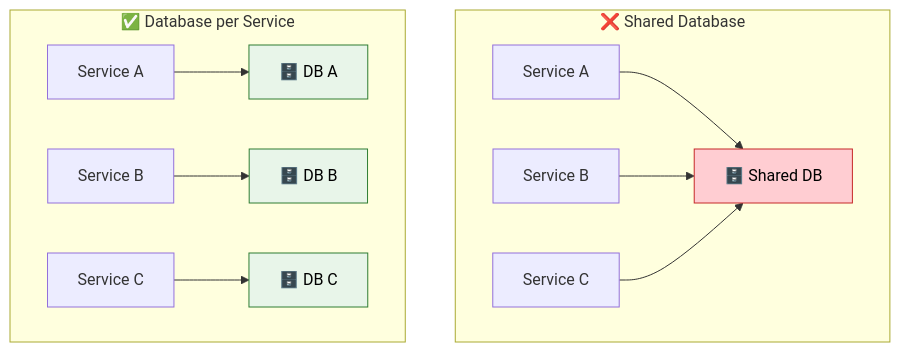
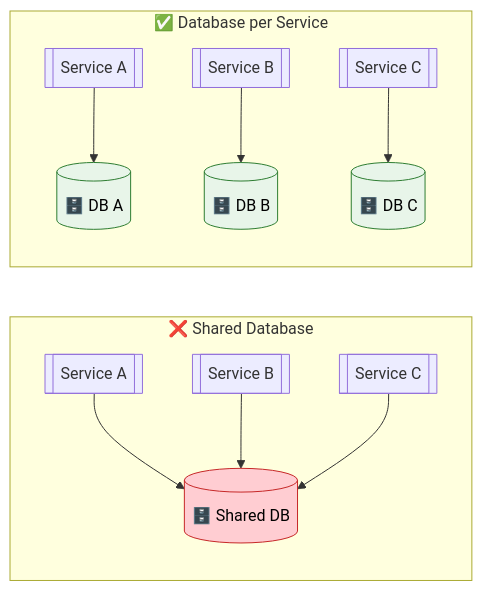
Before and after one commit to saivamsikaruturi/vamsilabs-dev-notes-main: the third of 4 diagrams in docs/microservices/design-principles.md, drawn with Mermaid. The commit also changed other lines of this file and 146 other files, not shown here.

Commit message:
Horizontal diagrams, UML class diagrams, typography overhaul, and permalink cleanup

````diff
--- a/docs/microservices/design-principles.md
+++ b/docs/microservices/design-principles.md
@@ -104,19 +104,19 @@
 ```mermaid
-flowchart TD
+flowchart LR
     subgraph Bad["❌ Shared Database"]
-        S1["Service A"] --> DB["🗄️ Shared DB"]
-        S2["Service B"] --> DB
-        S3["Service C"] --> DB
+        S1[["Service A"]] --> DB[("🗄️ Shared DB")]
+        S2[["Service B"]] --> DB
+        S3[["Service C"]] --> DB
     end
     
     subgraph Good["✅ Database per Service"]
-        A["Service A"] --> DA["🗄️ DB A"]
-        B["Service B"] --> DB2["🗄️ DB B"]
-        C["Service C"] --> DC["🗄️ DB C"]
+        A[["Service A"]] --> DA[("🗄️ DB A")]
+        B[["Service B"]] --> DB2[("🗄️ DB B")]
+        C[["Service C"]] --> DC[("🗄️ DB C")]
     end
 
     style DB fill:#FFCDD2,stroke:#C62828,color:#000
     style DA fill:#E8F5E9,stroke:#2E7D32,color:#000
     style DB2 fill:#E8F5E9,stroke:#2E7D32,color:#000
     style DC fill:#E8F5E9,stroke:#2E7D32,color:#000
 ```
````
